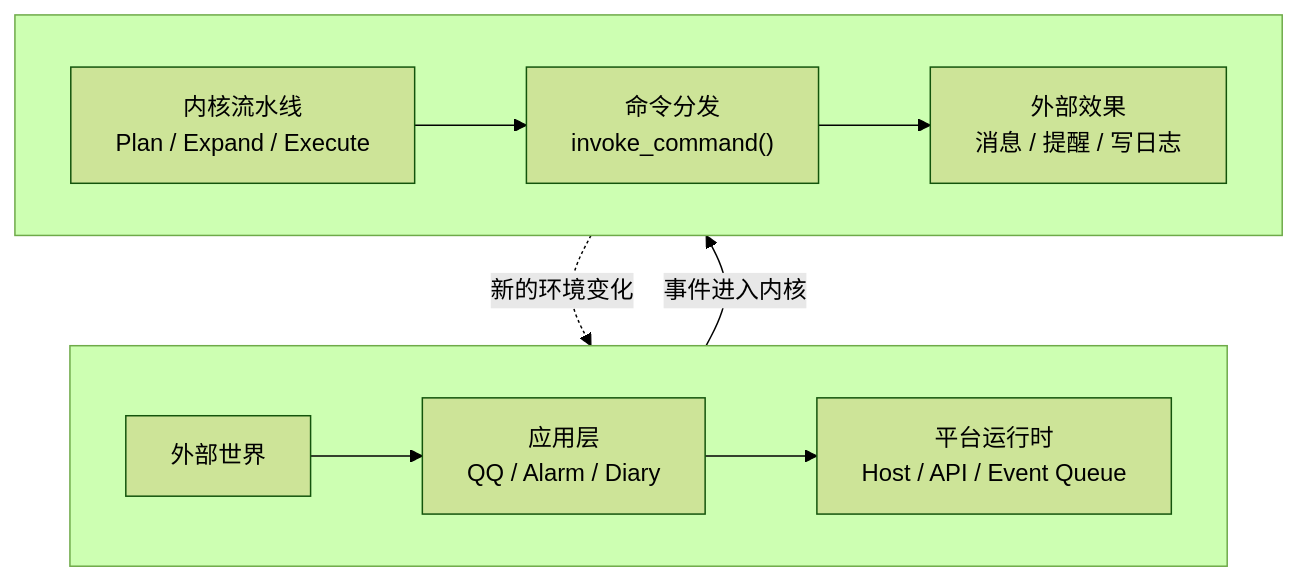
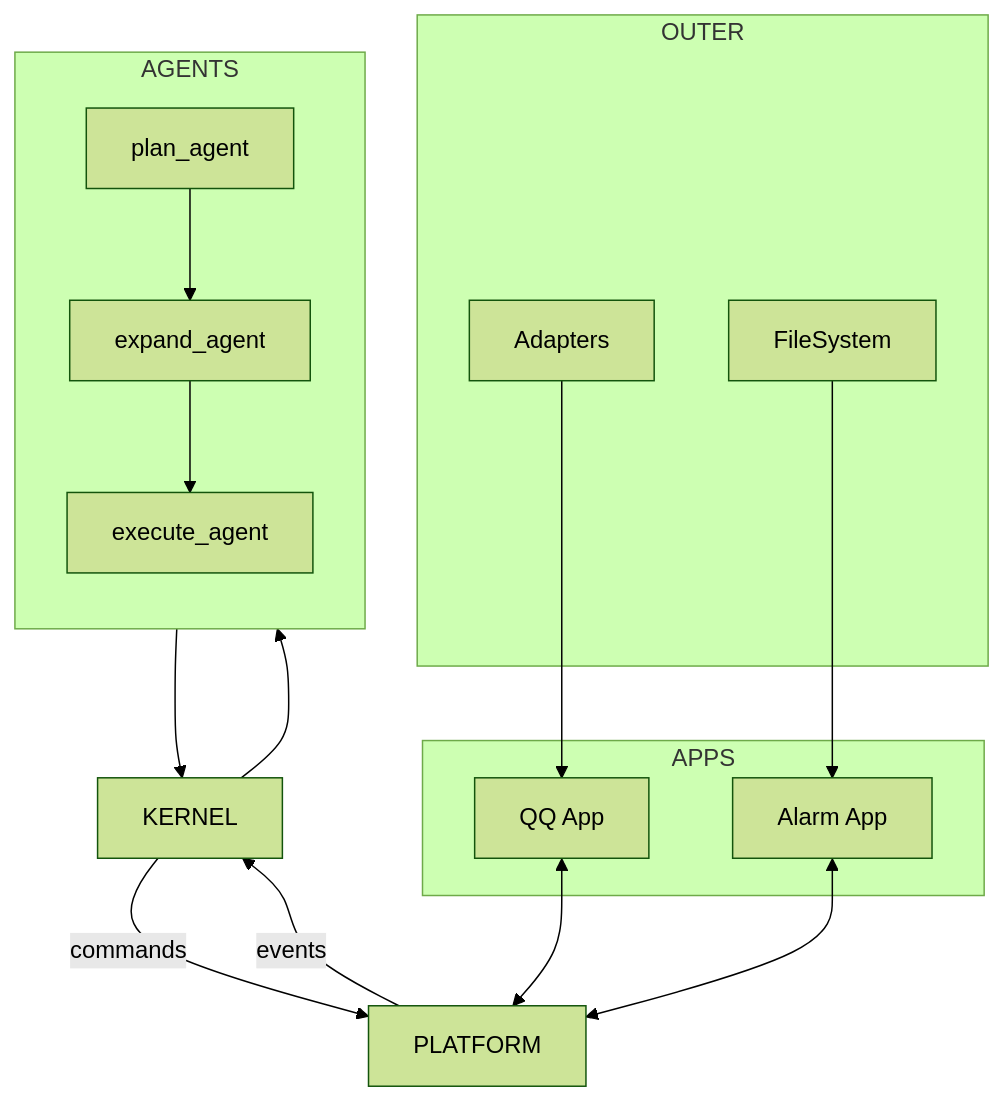
The diagram in docs/architecture/system-overview.md (JuFireX/AuroraBot), drawn with Mermaid (forest theme) before and after one commit. The commit also changed 5 other files, not shown here.

First line of the commit message:
docs(mermaid): 修复主题切换的图表闪烁并更新配置

````diff
--- a/docs/architecture/system-overview.md
+++ b/docs/architecture/system-overview.md
@@ -23,21 +23,34 @@
 ```mermaid
 flowchart TB
-    subgraph ROW1[" "]
-        direction LR
-        WORLD["外部世界"]
-        APPS["应用层<br/>QQ / Alarm / Diary"]
-        PLATFORM["平台运行时<br/>Host / API / Event Queue"]
+    subgraph OUTER
+        Adapters
+        FileSystem
     end
 
-    subgraph ROW2[" "]
-        direction LR
-        KERNEL["内核流水线<br/>Plan / Expand / Execute"]
-        COMMANDS["命令分发<br/>invoke_command()"]
-        EFFECTS["外部效果<br/>消息 / 提醒 / 写日志"]
+    subgraph APPS
+      APP_QQ["QQ App"]
+      APP_ALARM["Alarm App"]
     end
 
-    WORLD --> APPS --> PLATFORM
-    PLATFORM -->|"事件进入内核"| KERNEL
-    KERNEL --> COMMANDS --> EFFECTS
-    EFFECTS -.->|"新的环境变化"| WORLD
+    PLATFORM --> |events| KERNEL
+    KERNEL --> |commands| PLATFORM
+
+    subgraph AGENTS
+      direction TB
+      plan_agent --> expand_agent --> execute_agent
+    end
+
+
+
+    Adapters --> APP_QQ
+    FileSystem --> APP_ALARM
+
+    APP_QQ <--> PLATFORM
+
+    APP_ALARM <--> PLATFORM
+
+    KERNEL --> plan_agent
+    execute_agent --> KERNEL
+
+
 ```
````
